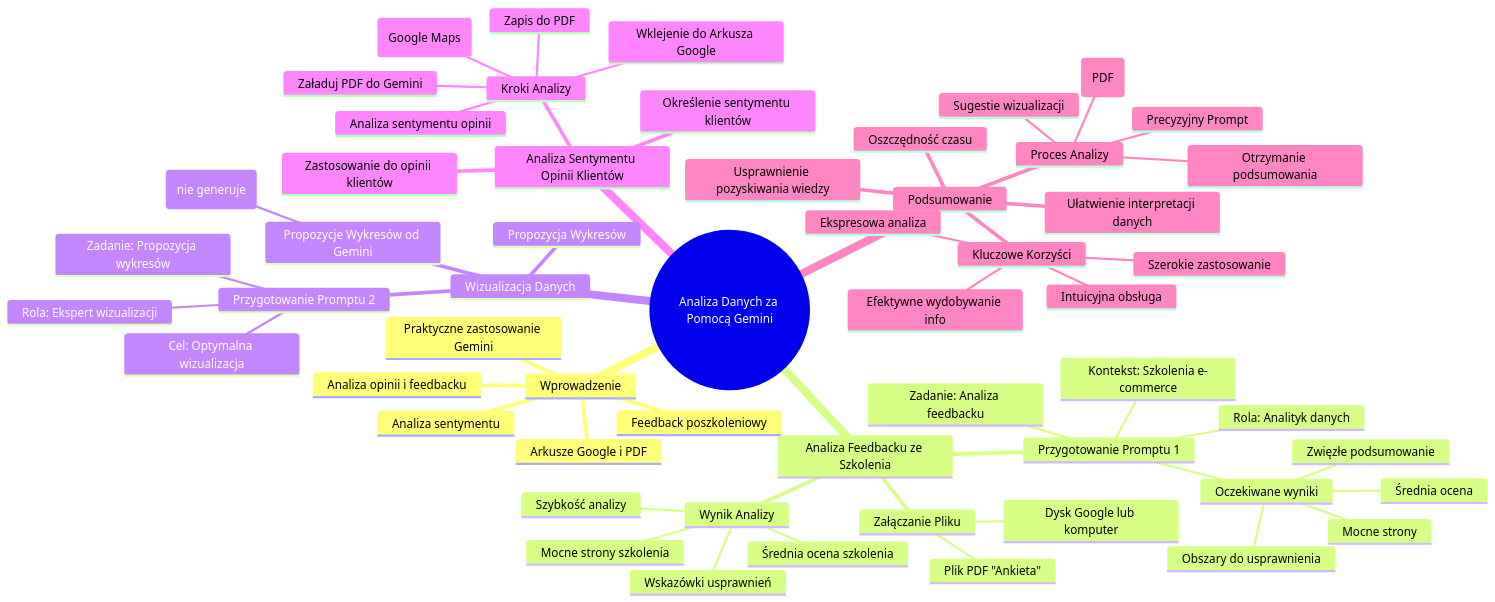
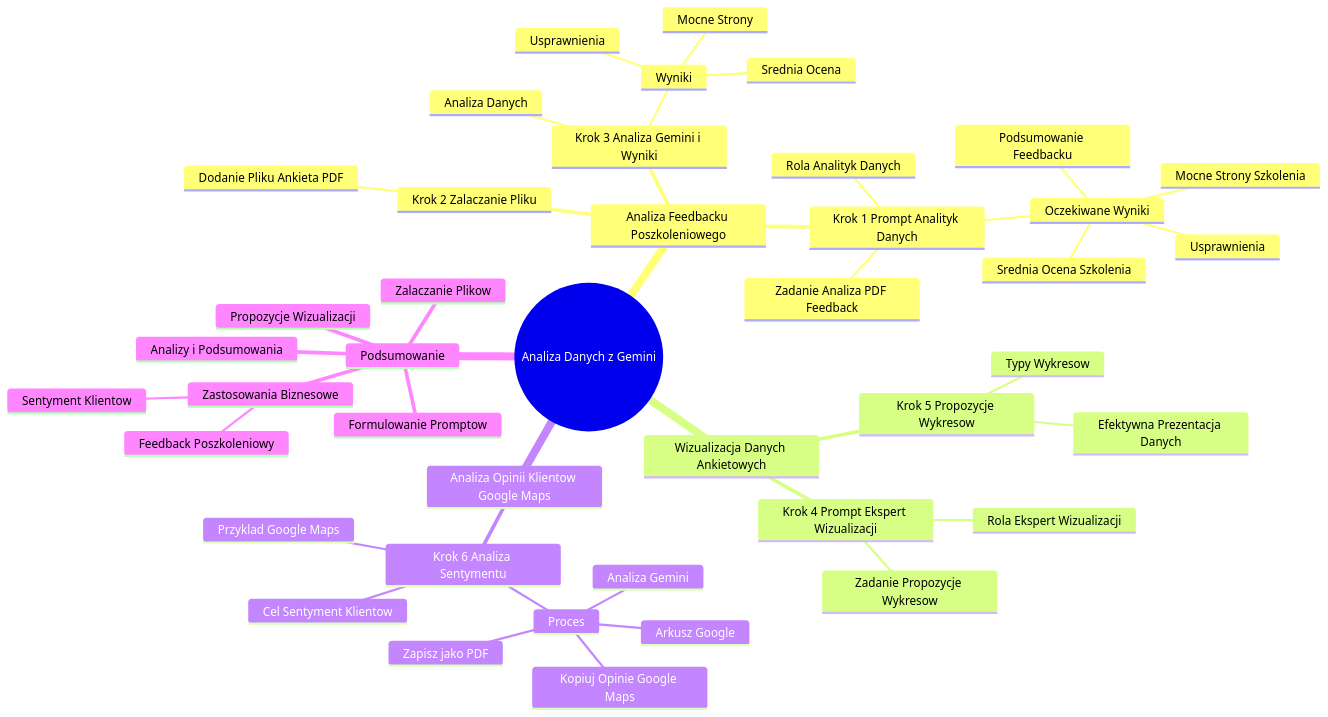
One commit to azdolinski/ai_docs changed the diagram in ai_umiejetnosci_jutra/T1D1 - Sekcja 2. Pomysły na podstawowe wykorzystanie generatywnej AI na przykładzie Gemini - 4. Analiza maili.md. Above: the diagram before and after it, drawn with Mermaid. The commit also changed other lines of this file, not shown here.

````diff
--- a/ai_umiejetnosci_jutra/T1D1 - Sekcja 2. Pomysły na podstawowe wykorzystanie generatywnej AI na przykładzie Gemini - 4. Analiza maili.md
+++ b/ai_umiejetnosci_jutra/T1D1 - Sekcja 2. Pomysły na podstawowe wykorzystanie generatywnej AI na przykładzie Gemini - 4. Analiza maili.md
@@ -5,63 +5,45 @@
 ```mermaid
 mindmap
-  root((Analiza Danych za Pomocą Gemini))
-    Wprowadzenie
-      Praktyczne zastosowanie Gemini
-      Analiza opinii i feedbacku
-      Arkusze Google i PDF
-      Analiza sentymentu
-      Feedback poszkoleniowy
-
-    Analiza Feedbacku ze Szkolenia
-      Przygotowanie Promptu 1
-        Rola: Analityk danych
-        Zadanie: Analiza feedbacku
-        Oczekiwane wyniki
-          Zwięzłe podsumowanie
-          Średnia ocena
-          Mocne strony
-          Obszary do usprawnienia
-        Kontekst: Szkolenia e-commerce
-      Załączanie Pliku
-        Plik PDF "Ankieta"
-        Dysk Google lub komputer
-      Wynik Analizy
-        Średnia ocena szkolenia
-        Mocne strony szkolenia
-        Wskazówki usprawnień
-        Szybkość analizy
-
-    Wizualizacja Danych
-      Propozycja Wykresów
-      Przygotowanie Promptu 2
-        Rola: Ekspert wizualizacji
-        Zadanie: Propozycja wykresów
-        Cel: Optymalna wizualizacja
-      Propozycje Wykresów od Gemini
-        Typy wykresów (nie generuje)
-
-    Analiza Sentymentu Opinii Klientów
-      Zastosowanie do opinii klientów
-      Kroki Analizy
-        Kopiowanie opinii (Google Maps)
-        Wklejenie do Arkusza Google
-        Zapis do PDF
-        Załaduj PDF do Gemini
-        Analiza sentymentu opinii
-      Określenie sentymentu klientów
-
+  root((Analiza Danych z Gemini))
+    Analiza Feedbacku Poszkoleniowego
+      Krok 1 Prompt Analityk Danych
+        Rola Analityk Danych
+        Zadanie Analiza PDF Feedback
+        Oczekiwane Wyniki
+          Podsumowanie Feedbacku
+          Srednia Ocena Szkolenia
+          Mocne Strony Szkolenia
+          Usprawnienia
+      Krok 2 Zalaczanie Pliku
+        Dodanie Pliku Ankieta PDF
+      Krok 3 Analiza Gemini i Wyniki
+        Analiza Danych
+        Wyniki
+          Srednia Ocena
+          Mocne Strony
+          Usprawnienia
+    Wizualizacja Danych Ankietowych
+      Krok 4 Prompt Ekspert Wizualizacji
+        Rola Ekspert Wizualizacji
+        Zadanie Propozycje Wykresow
+      Krok 5 Propozycje Wykresow
+        Typy Wykresow
+        Efektywna Prezentacja Danych
+    Analiza Opinii Klientow Google Maps
+      Krok 6 Analiza Sentymentu
+        Przyklad Google Maps
+        Proces
+          Kopiuj Opinie Google Maps
+          Arkusz Google
+          Zapisz jako PDF
+          Analiza Gemini
+        Cel Sentyment Klientow
     Podsumowanie
-      Proces Analizy
-        Precyzyjny Prompt
-        Załącz plik z danymi (PDF)
-        Otrzymanie podsumowania
-        Sugestie wizualizacji
-      Kluczowe Korzyści
-        Ekspresowa analiza
-        Efektywne wydobywanie info
-        Szerokie zastosowanie
-        Intuicyjna obsługa
-      Usprawnienie pozyskiwania wiedzy
-      Oszczędność czasu
-      Ułatwienie interpretacji danych
+      Formulowanie Promptow
+      Zalaczanie Plikow
+      Analizy i Podsumowania
+      Propozycje Wizualizacji
+      Zastosowania Biznesowe
+        Feedback Poszkoleniowy
+        Sentyment Klientow
 ```
````
